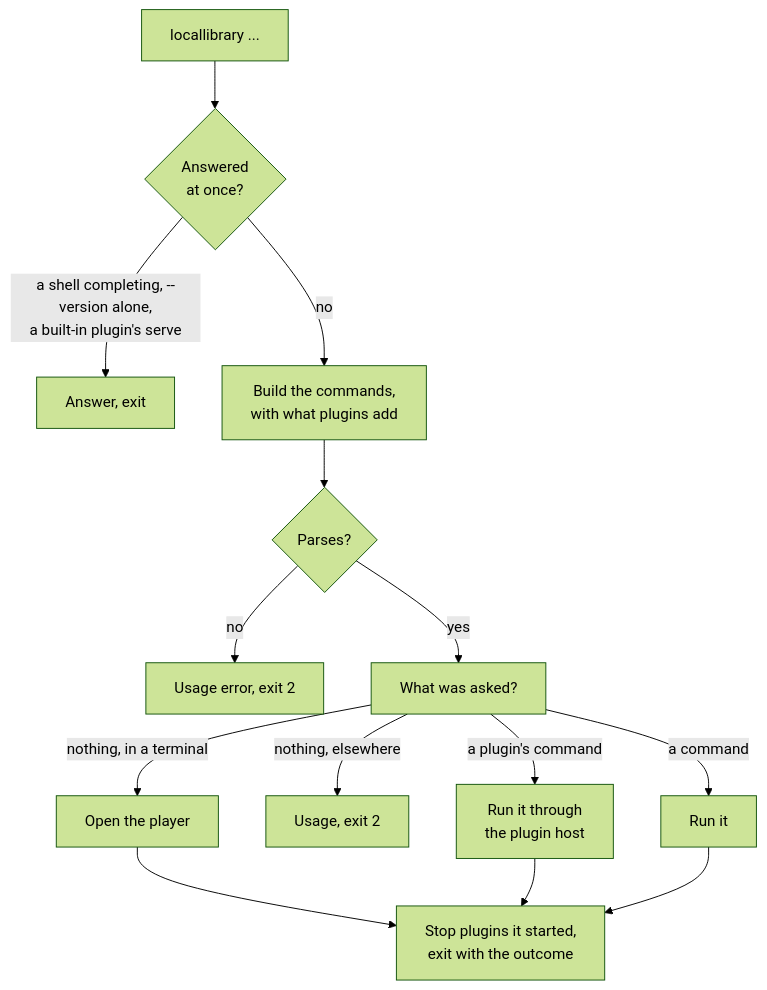
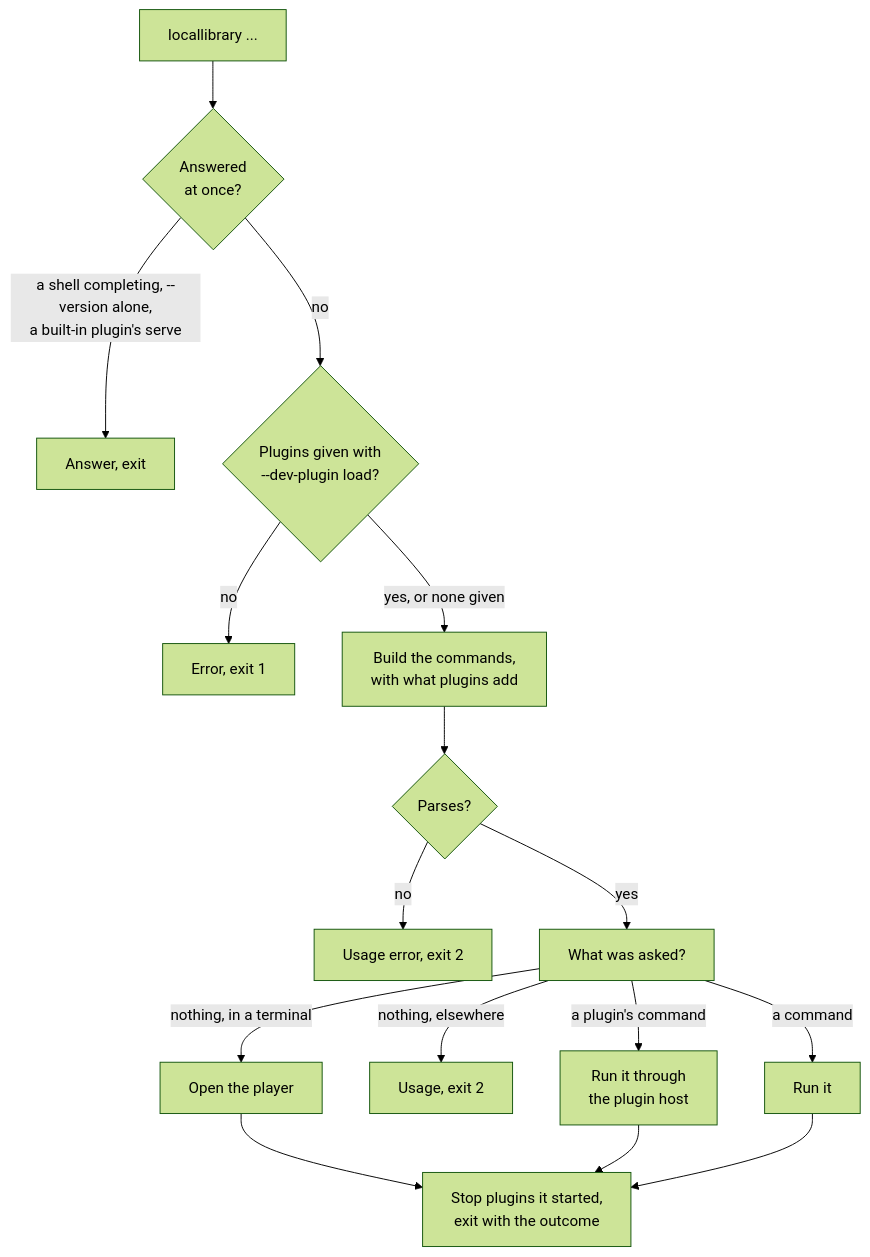
One commit to cutenode/localnetwork changed the third of 11 diagrams in apps/locallibrary/README.md. Above: the diagram before and after it, drawn with Mermaid (forest theme). The commit also changed other lines of this file and 22 other files, not shown here.

````diff
--- a/apps/locallibrary/README.md
+++ b/apps/locallibrary/README.md
@@ -304,16 +304,18 @@
 ```mermaid
 flowchart TD
     start["locallibrary ..."] --> direct{"Answered<br/>at once?"}
     direct -->|"a shell completing, --version alone,<br/>a built-in plugin's serve"| quick["Answer, exit"]
-    direct -->|"no"| tree["Build the commands,<br/>with what plugins add"]
+    direct -->|"no"| dev{"Plugins given with<br/>--dev-plugin load?"}
+    dev -->|no| failed["Error, exit 1"]
+    dev -->|"yes, or none given"| tree["Build the commands,<br/>with what plugins add"]
     tree --> parse{"Parses?"}
     parse -->|no| usage["Usage error, exit 2"]
     parse -->|yes| kind["What was asked?"]
     kind -->|"nothing, in a terminal"| tui["Open the player"]
     kind -->|"nothing, elsewhere"| help["Usage, exit 2"]
     kind -->|"a plugin's command"| contributed["Run it through<br/>the plugin host"]
     kind -->|"a command"| run["Run it"]
     tui --> stop["Stop plugins it started,<br/>exit with the outcome"]
     contributed --> stop
     run --> stop
 ```
````
